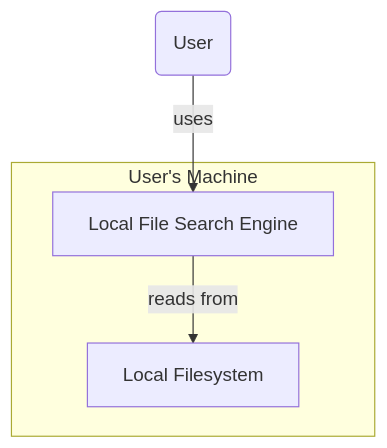
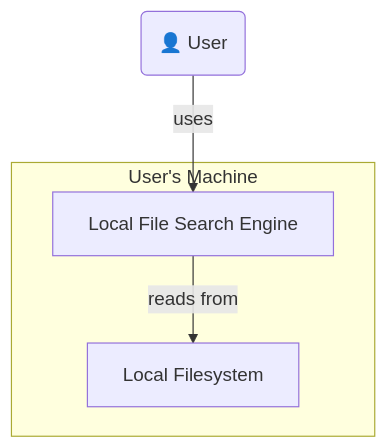
Before and after one commit to ralu2004/Local-File-Search-System: the first of 3 diagrams in ARCHITECTURE.md, drawn with Mermaid. The commit also changed other lines of this file, not shown here.

Commit message:
docs(arch): update ARCHITECTURE.md to describe new design decisions

````diff
--- a/ARCHITECTURE.md
+++ b/ARCHITECTURE.md
@@ -10,12 +12,12 @@
 ```mermaid
 graph TD
-    User("User")
+    User("👤 User")
 
     subgraph Machine["User's Machine"]
         Engine["Local File Search Engine"]
         FS["Local Filesystem"]
     end
 
     User -->|uses| Engine
     Engine -->|reads from| FS
 ```
````
